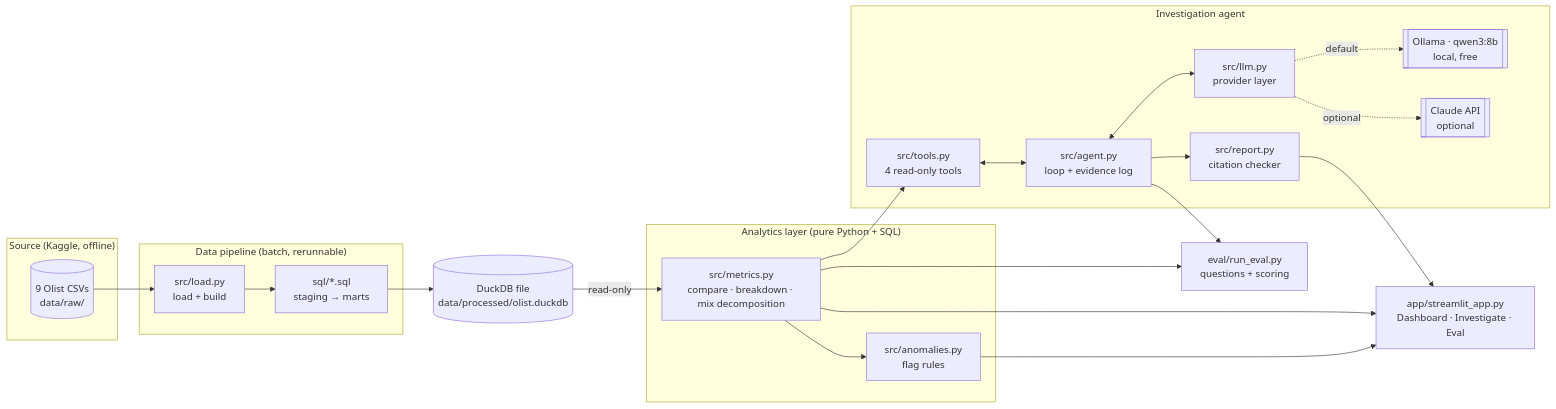
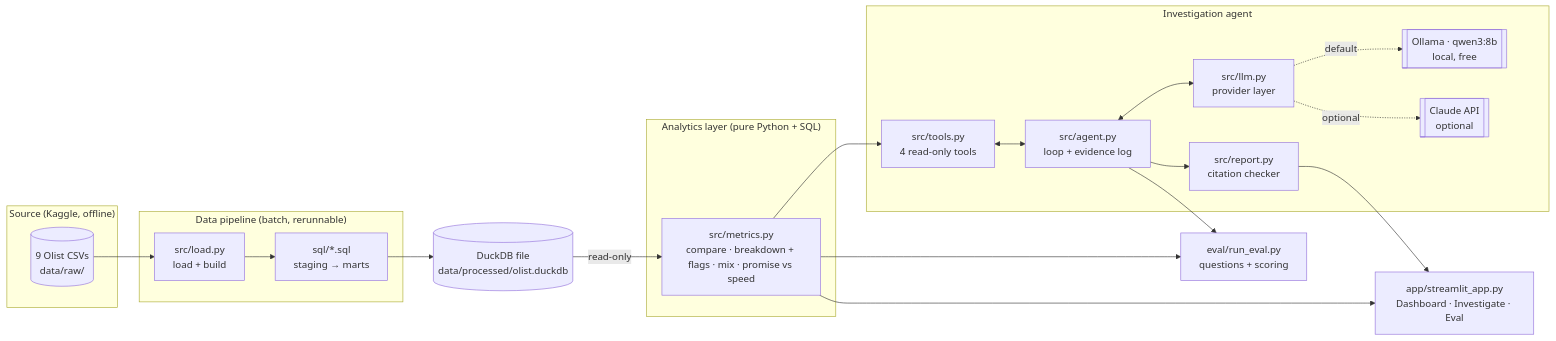
The first of 5 diagrams in docs/design.md (savithasundaresan/ai-investigation-analyst), drawn with Mermaid before and after one commit. The commit also changed other lines of this file and 13 other files, not shown here.

First line of the commit message:
Stage 2: metrics layer, mix and promise-vs-speed decomposition, Streamlit dashboard

````diff
--- a/docs/design.md
+++ b/docs/design.md
@@ -25,45 +25,42 @@
 ```mermaid
 flowchart LR
     subgraph Source["Source (Kaggle, offline)"]
         CSV[(9 Olist CSVs<br/>data/raw/)]
     end
 
     subgraph Pipeline["Data pipeline (batch, rerunnable)"]
         LOAD[src/load.py<br/>load + build]
         SQL[sql/*.sql<br/>staging → marts]
     end
 
     DB[(DuckDB file<br/>data/processed/olist.duckdb)]
 
     subgraph Analytics["Analytics layer (pure Python + SQL)"]
-        MET[src/metrics.py<br/>compare · breakdown · mix decomposition]
-        ANOM[src/anomalies.py<br/>flag rules]
+        MET[src/metrics.py<br/>compare · breakdown + flags · mix · promise vs speed]
     end
 
     subgraph Agent["Investigation agent"]
         TOOLS[src/tools.py<br/>4 read-only tools]
         LOOP[src/agent.py<br/>loop + evidence log]
         LLM[src/llm.py<br/>provider layer]
         OLL[[Ollama · qwen3:8b<br/>local, free]]
         ANT[[Claude API<br/>optional]]
         REP[src/report.py<br/>citation checker]
     end
 
     UI[app/streamlit_app.py<br/>Dashboard · Investigate · Eval]
     EVAL[eval/run_eval.py<br/>questions + scoring]
 
     CSV --> LOAD --> SQL --> DB
     DB -->|read-only| MET
-    MET --> ANOM
     MET --> TOOLS
     TOOLS <--> LOOP
     LOOP <--> LLM
     LLM -.default.-> OLL
     LLM -.optional.-> ANT
     LOOP --> REP
     MET --> UI
-    ANOM --> UI
     REP --> UI
     LOOP --> EVAL
     MET --> EVAL
 ```
````
